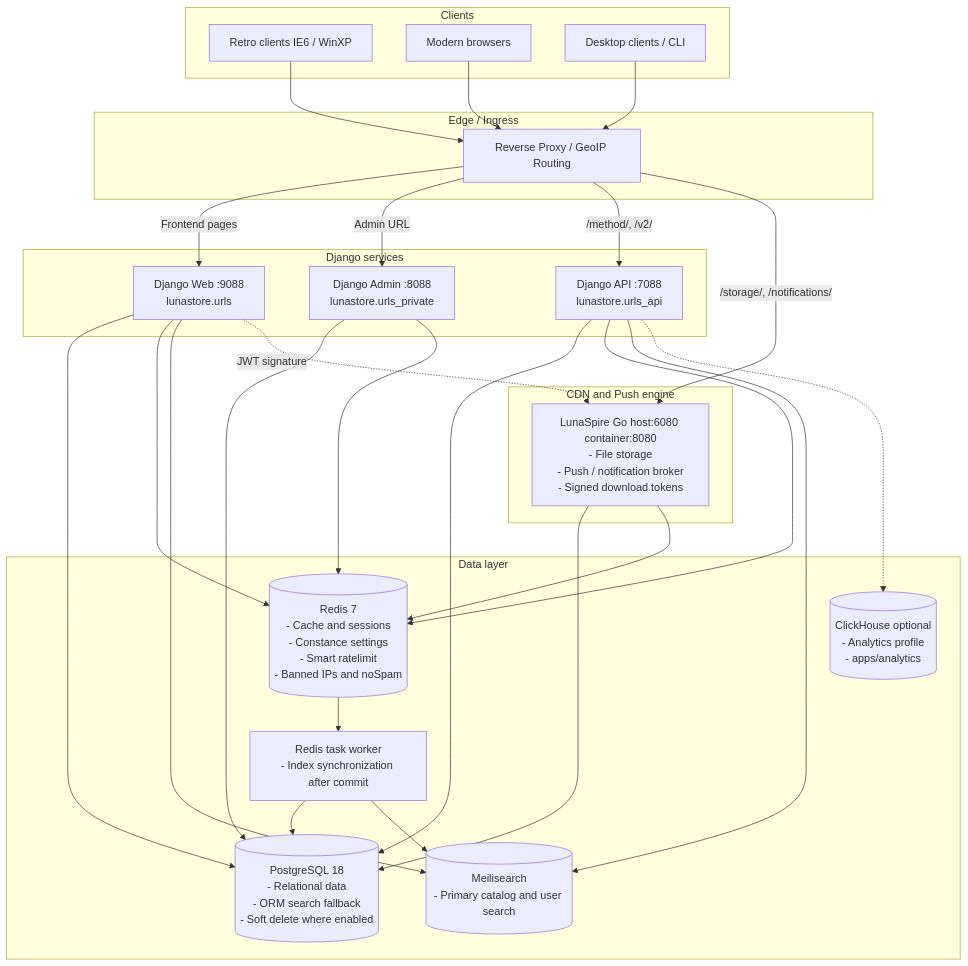
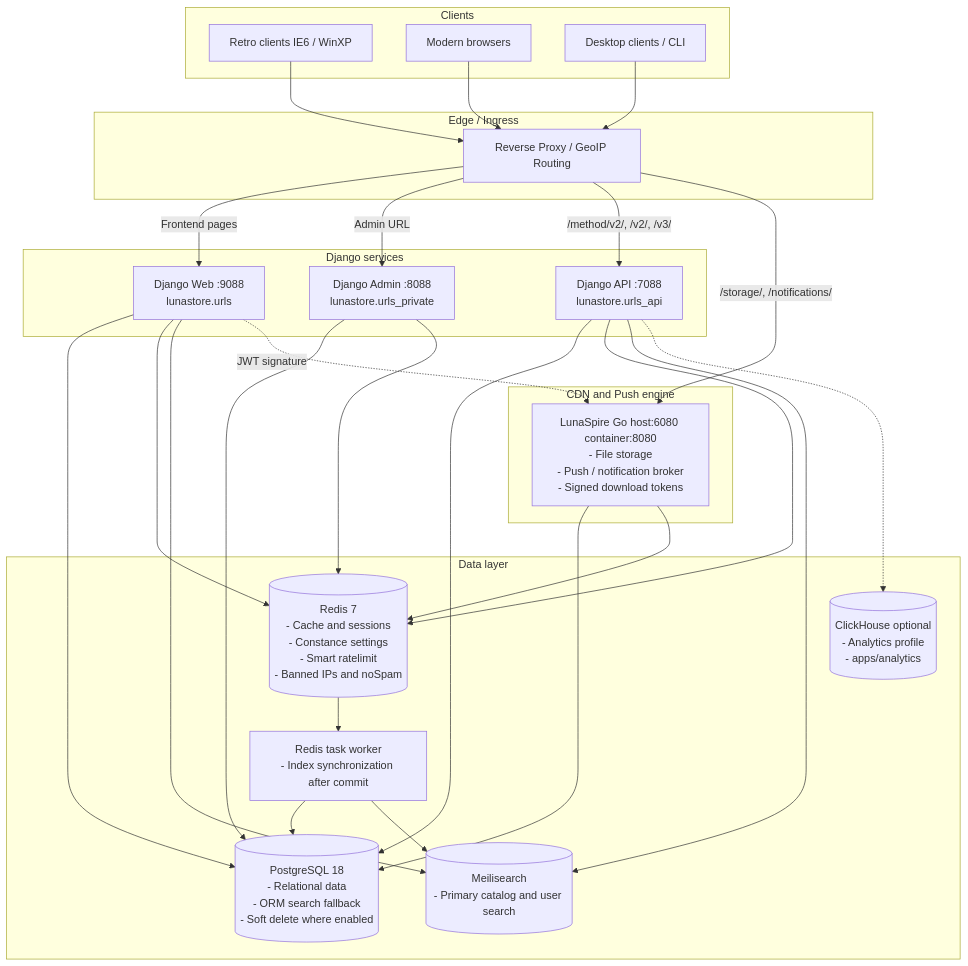
One commit to DanielMTeam/lunastore changed the first of 2 diagrams in .agents/skills/lunastore/references/architecture.md. Above: the diagram before and after it, drawn with Mermaid. The commit also changed other lines of this file and 20 other files, not shown here.

````diff
--- a/.agents/skills/lunastore/references/architecture.md
+++ b/.agents/skills/lunastore/references/architecture.md
@@ -11,57 +11,57 @@
 ```mermaid
 flowchart TD
     subgraph Clients["Clients"]
         Retro["Retro clients IE6 / WinXP"]
         Modern["Modern browsers"]
         Desktop["Desktop clients / CLI"]
     end
 
     subgraph Edge["Edge / Ingress"]
         Nginx["Reverse Proxy / GeoIP Routing"]
     end
 
     subgraph DjangoServices["Django services"]
         WebSvc["Django Web :9088<br/>lunastore.urls"]
         AdminSvc["Django Admin :8088<br/>lunastore.urls_private"]
         ApiSvc["Django API :7088<br/>lunastore.urls_api"]
     end
 
     subgraph ExternalEngine["CDN and Push engine"]
         LunaSpire["LunaSpire Go host:6080 container:8080<br/>- File storage<br/>- Push / notification broker<br/>- Signed download tokens"]
     end
 
     subgraph Storage["Data layer"]
         PG[("PostgreSQL 18<br/>- Relational data<br/>- ORM search fallback<br/>- Soft delete where enabled")]
         Meili[("Meilisearch<br/>- Primary catalog and user search")]
         Worker["Redis task worker<br/>- Index synchronization after commit"]
         Redis[("Redis 7<br/>- Cache and sessions<br/>- Constance settings<br/>- Smart ratelimit<br/>- Banned IPs and noSpam")]
         CH[("ClickHouse optional<br/>- Analytics profile<br/>- apps/analytics")]
     end
 
     Retro --> Nginx
     Modern --> Nginx
     Desktop --> Nginx
 
     Nginx -->|Frontend pages| WebSvc
     Nginx -->|Admin URL| AdminSvc
-    Nginx -->|/method/, /v2/| ApiSvc
+    Nginx -->|/method/v2/, /v2/, /v3/| ApiSvc
     Nginx -->|/storage/, /notifications/| LunaSpire
 
     WebSvc --> PG
     AdminSvc --> PG
     ApiSvc --> PG
 
     WebSvc --> Redis
     AdminSvc --> Redis
     ApiSvc --> Redis
     WebSvc --> Meili
     ApiSvc --> Meili
     Redis --> Worker
     Worker --> PG
     Worker --> Meili
 
     WebSvc -.JWT signature.-> LunaSpire
     LunaSpire --> PG
     LunaSpire --> Redis
     ApiSvc -.-> CH
 ```
````
